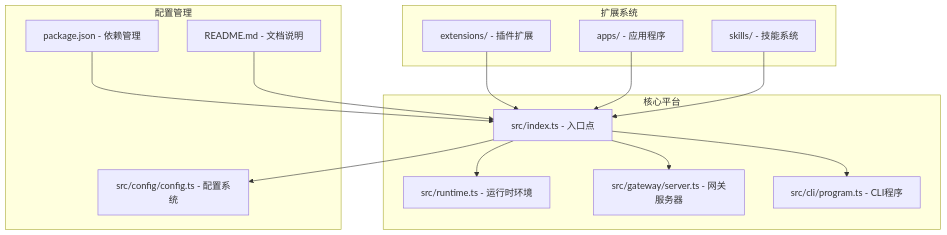
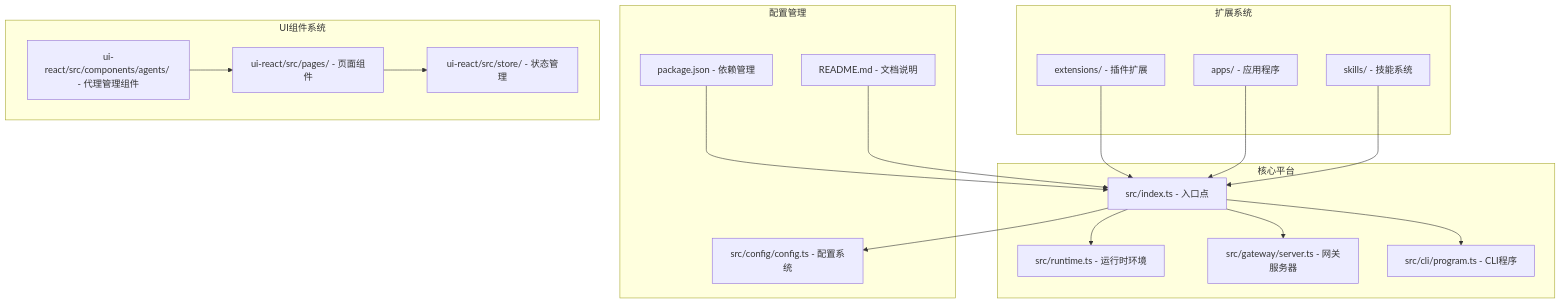
The first of 25 diagrams in .qoder/repowiki/zh/content/代理管理系统/代理管理系统.md (verse-ai-org/openclaw), drawn with Mermaid before and after one commit. The commit also changed other lines of this file and 55 other files, not shown here.

````diff
--- a/.qoder/repowiki/zh/content/代理管理系统/代理管理系统.md
+++ b/.qoder/repowiki/zh/content/代理管理系统/代理管理系统.md
@@ -35,28 +60,35 @@
 ```mermaid
 graph TB
 subgraph "核心平台"
 A[src/index.ts - 入口点]
 B[src/runtime.ts - 运行时环境]
 C[src/gateway/server.ts - 网关服务器]
 D[src/cli/program.ts - CLI程序]
 end
 subgraph "配置管理"
 E[src/config/config.ts - 配置系统]
 F[package.json - 依赖管理]
 G[README.md - 文档说明]
 end
 subgraph "扩展系统"
 H[extensions/ - 插件扩展]
 I[apps/ - 应用程序]
 J[skills/ - 技能系统]
 end
+subgraph "UI组件系统"
+K[ui-react/src/components/agents/ - 代理管理组件]
+L[ui-react/src/pages/ - 页面组件]
+M[ui-react/src/store/ - 状态管理]
+end
 A --> B
 A --> C
 A --> D
 A --> E
 F --> A
 G --> A
 H --> A
 I --> A
 J --> A
+K --> L
+L --> M
 ```
````
